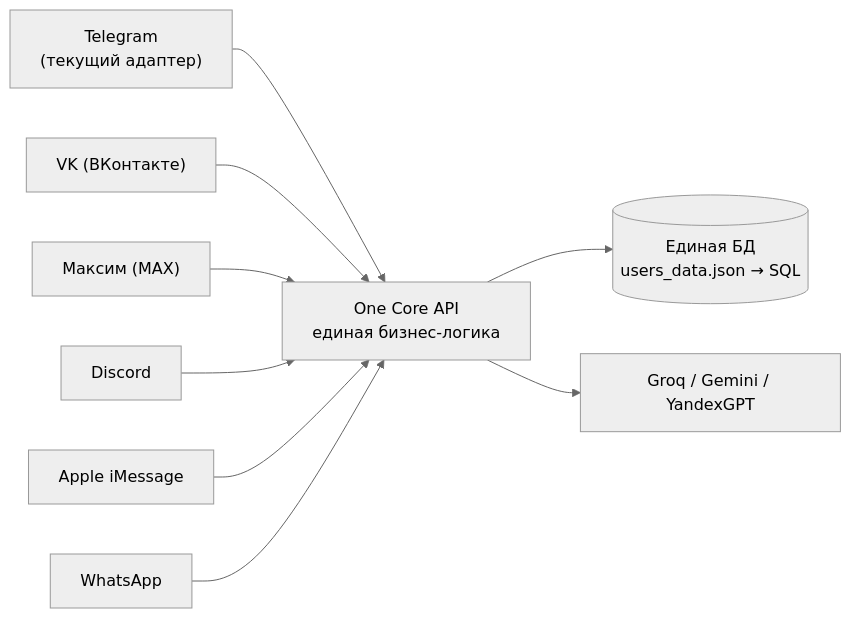
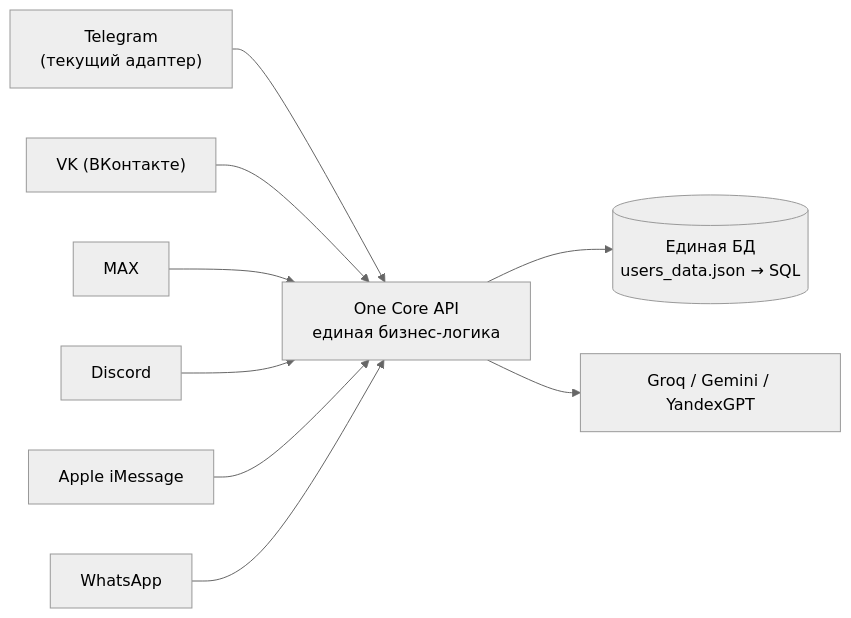
The second of 4 diagrams in README.md (pavelrakcheev/APAS-Telegram-Bot), drawn with Mermaid (neutral theme) before and after one commit. The commit also changed other lines of this file, not shown here.

Commit message:
docs: README improvements (badges, quick start, ecosystem map, maturity, stats, security dashboard, release history, FAQ) + fix MAX messenger name

````diff
--- a/README.md
+++ b/README.md
@@ -395,11 +542,11 @@
 ```mermaid
 flowchart LR
     TG["Telegram<br/>(текущий адаптер)"] --> CORE["One Core API<br/>единая бизнес-логика"]
     VK["VK (ВКонтакте)"] --> CORE
-    MAX["Максим (MAX)"] --> CORE
+    MAX["MAX"] --> CORE
     DISC["Discord"] --> CORE
     IM["Apple iMessage"] --> CORE
     WA["WhatsApp"] --> CORE
     CORE --> DB[("Единая БД<br/>users_data.json → SQL")]
     CORE --> AI["Groq / Gemini / YandexGPT"]
 ```
````
